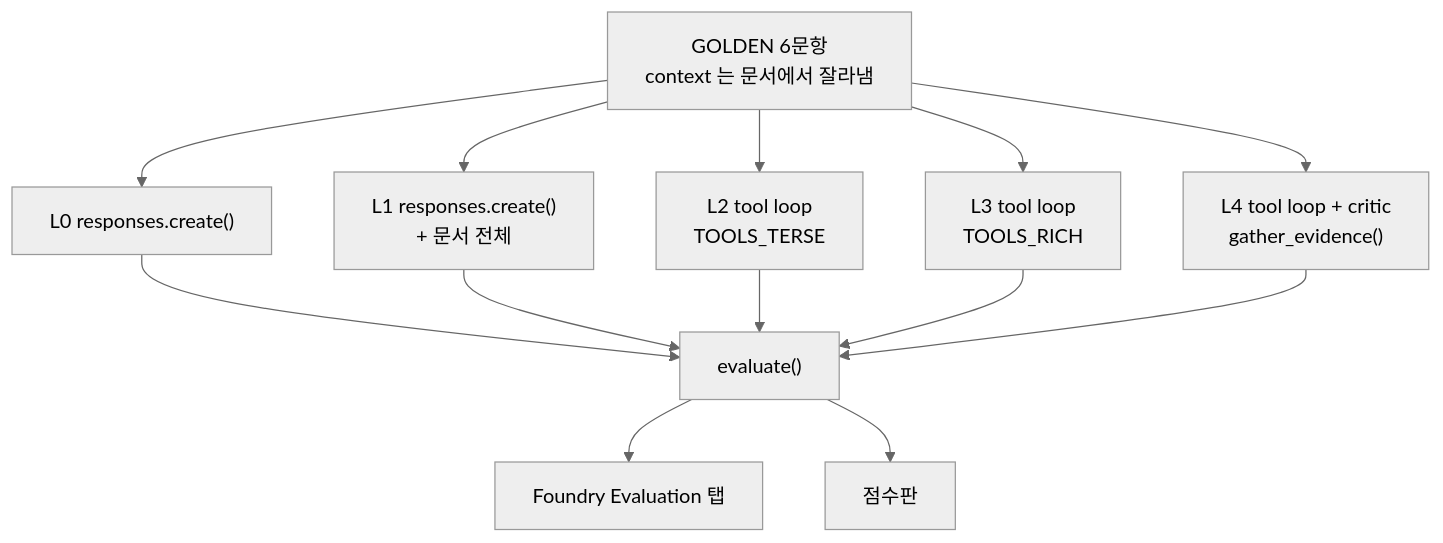
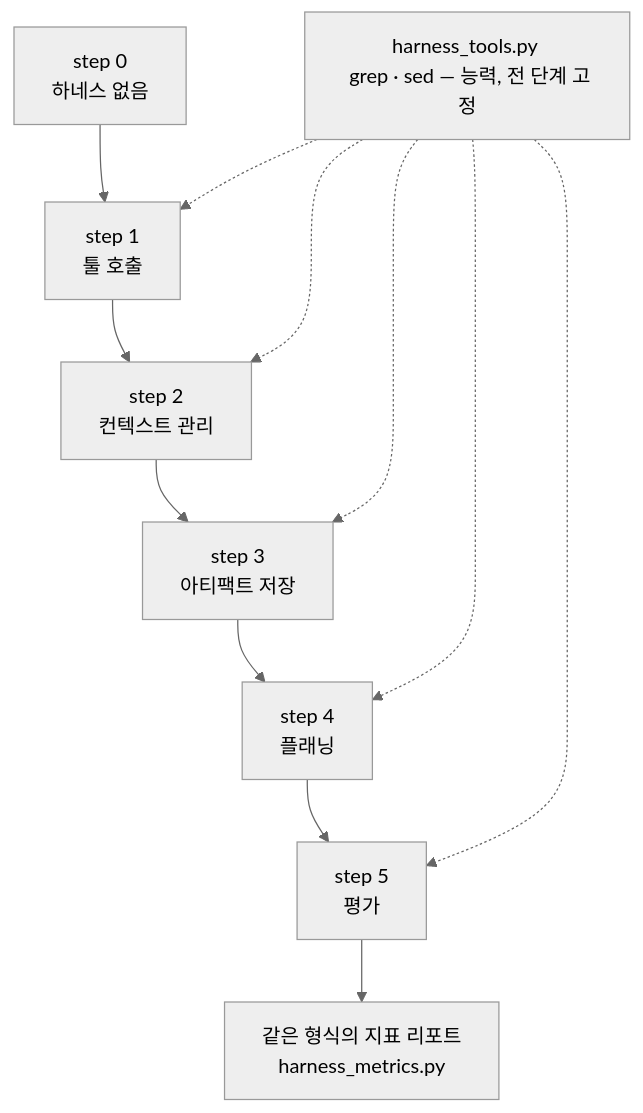
One commit to ivorycloud1013/lab-azure-hol-ai-services changed diagram 17 of 17 in python/README.md. Above: the diagram before and after it, drawn with Mermaid. The commit also changed other lines of this file and 14 other files, not shown here.

````diff
--- a/python/README.md
+++ b/python/README.md
@@ -1024,16 +1018,13 @@
 ```mermaid
 %%{init: {"theme": "neutral"}}%%
 flowchart TB
-    G["GOLDEN 6문항 </br> context 는 문서에서 잘라냄"] --> L0["L0 responses.create()"]
-    G --> L1["L1 responses.create() </br> + 문서 전체"]
-    G --> L2["L2 tool loop </br> TOOLS_TERSE"]
-    G --> L3["L3 tool loop </br> TOOLS_RICH"]
-    G --> L4["L4 tool loop + critic </br> gather_evidence()"]
-    L0 --> J["evaluate()"]
-    L1 --> J
-    L2 --> J
-    L3 --> J
-    L4 --> J
-    J --> P["Foundry Evaluation 탭"]
-    J --> S["점수판"]
+    CAP["harness_tools.py </br> grep · sed — 능력, 전 단계 고정"]
+    S0["step 0 </br> 하네스 없음"] --> S1["step 1 </br> 툴 호출"] --> S2["step 2 </br> 컨텍스트 관리"]
+    S2 --> S3["step 3 </br> 아티팩트 저장"] --> S4["step 4 </br> 플래닝"] --> S5["step 5 </br> 평가"]
+    CAP -.-> S1
+    CAP -.-> S2
+    CAP -.-> S3
+    CAP -.-> S4
+    CAP -.-> S5
+    S5 --> R["같은 형식의 지표 리포트 </br> harness_metrics.py"]
 ```
````
